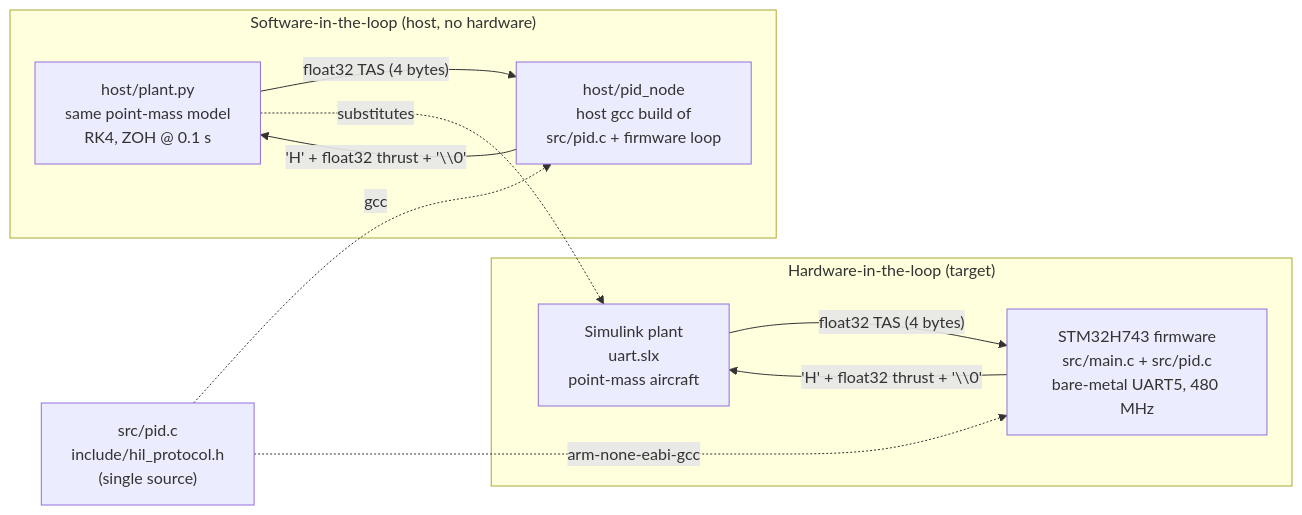
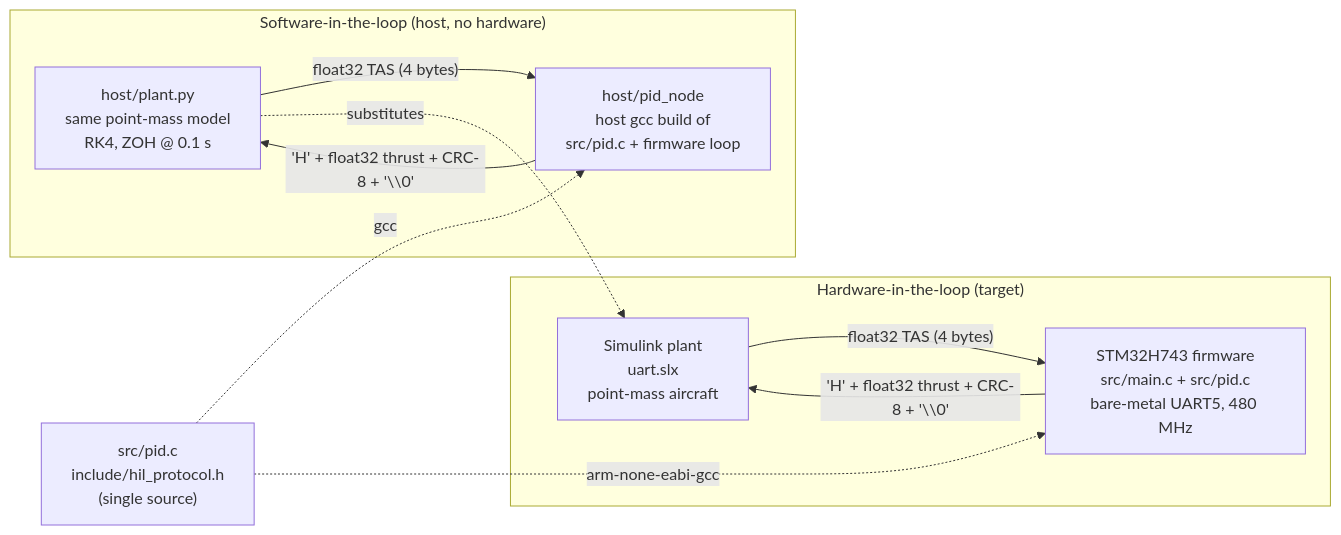
Before and after one commit to COG-GTM/bare-metal-stm32h743-HIL: the diagram in docs/software_hil.md, drawn with Mermaid. The commit also changed other lines of this file and 6 other files, not shown here.

First line of the commit message:
bug: add CRC-8 to the HIL frame and make float wire order explicit

````diff
--- a/docs/software_hil.md
+++ b/docs/software_hil.md
@@ -17,21 +17,21 @@
 ```mermaid
 flowchart LR
     subgraph HW["Hardware-in-the-loop (target)"]
         SIM["Simulink plant<br/>uart.slx<br/>point-mass aircraft"]
         FW["STM32H743 firmware<br/>src/main.c + src/pid.c<br/>bare-metal UART5, 480 MHz"]
         SIM -- "float32 TAS (4 bytes)" --> FW
-        FW -- "'H' + float32 thrust + '\\0'" --> SIM
+        FW -- "'H' + float32 thrust + CRC-8 + '\\0'" --> SIM
     end
 
     subgraph SW["Software-in-the-loop (host, no hardware)"]
         PY["host/plant.py<br/>same point-mass model<br/>RK4, ZOH @ 0.1 s"]
         NODE["host/pid_node<br/>host gcc build of<br/>src/pid.c + firmware loop"]
         PY -- "float32 TAS (4 bytes)" --> NODE
-        NODE -- "'H' + float32 thrust + '\\0'" --> PY
+        NODE -- "'H' + float32 thrust + CRC-8 + '\\0'" --> PY
     end
 
     PID["src/pid.c<br/>include/hil_protocol.h<br/>(single source)"]
     PID -. "arm-none-eabi-gcc" .-> FW
     PID -. "gcc" .-> NODE
     PY -. "substitutes" .-> SIM
 ```
````
